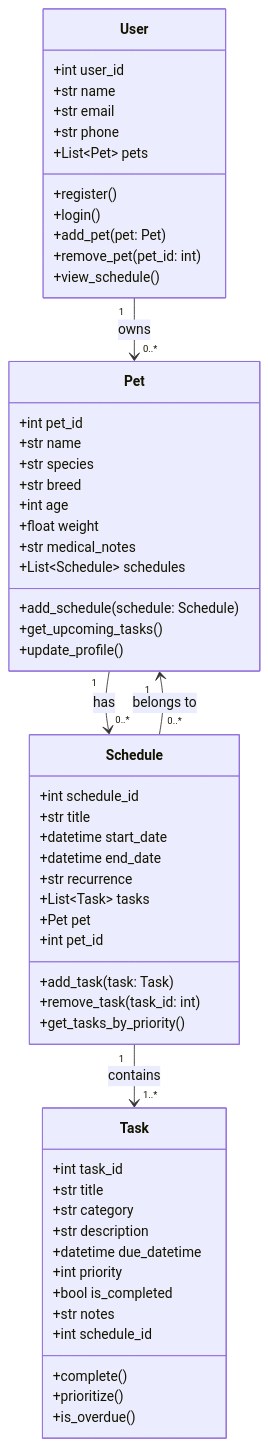
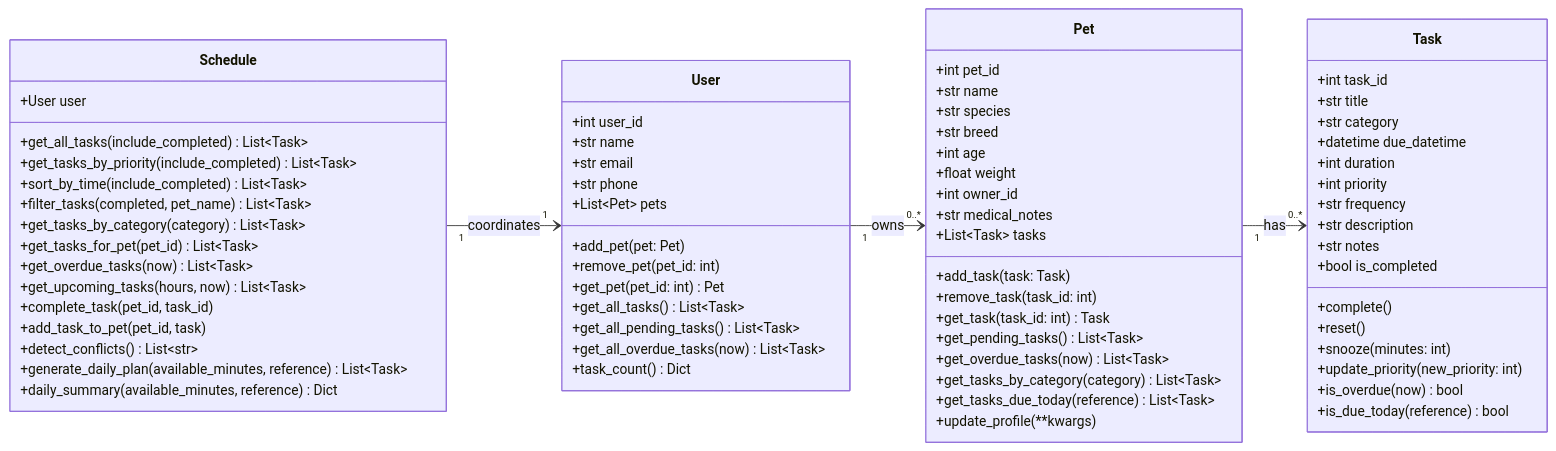
One commit to manvocao0271/ai110-module2show-pawpal-starter changed the diagram in README.md. Above: the diagram before and after it, drawn with Mermaid. The commit also changed other lines of this file and 4 other files, not shown here.

````diff
--- a/README.md
+++ b/README.md
@@ -112,64 +142,79 @@
 ```mermaid
 classDiagram
+    direction LR
     class User {
         +int user_id
         +str name
         +str email
         +str phone
         +List~Pet~ pets
-        +register()
-        +login()
         +add_pet(pet: Pet)
         +remove_pet(pet_id: int)
-        +view_schedule()
+        +get_pet(pet_id: int) Pet
+        +get_all_tasks() List~Task~
+        +get_all_pending_tasks() List~Task~
+        +get_all_overdue_tasks(now) List~Task~
+        +task_count() Dict
     }
 
     class Pet {
         +int pet_id
         +str name
         +str species
         +str breed
         +int age
         +float weight
+        +int owner_id
         +str medical_notes
-        +List~Schedule~ schedules
-        +add_schedule(schedule: Schedule)
-        +get_upcoming_tasks()
-        +update_profile()
+        +List~Task~ tasks
+        +add_task(task: Task)
+        +remove_task(task_id: int)
+        +get_task(task_id: int) Task
+        +get_pending_tasks() List~Task~
+        +get_overdue_tasks(now) List~Task~
+        +get_tasks_by_category(category) List~Task~
+        +get_tasks_due_today(reference) List~Task~
+        +update_profile(**kwargs)
     }
 
     class Schedule {
-        +int schedule_id
-        +str title
-        +datetime start_date
-        +datetime end_date
-        +str recurrence
-        +List~Task~ tasks
-        +Pet pet
-        +int pet_id
-        +add_task(task: Task)
-        +remove_task(task_id: int)
-        +get_tasks_by_priority()
+        +User user
+        +get_all_tasks(include_completed) List~Task~
+        +get_tasks_by_priority(include_completed) List~Task~
+        +sort_by_time(include_completed) List~Task~
+        +filter_tasks(completed, pet_name) List~Task~
+        +get_tasks_by_category(category) List~Task~
+        +get_tasks_for_pet(pet_id) List~Task~
+        +get_overdue_tasks(now) List~Task~
+        +get_upcoming_tasks(hours, now) List~Task~
+        +complete_task(pet_id, task_id)
+        +add_task_to_pet(pet_id, task)
+        +detect_conflicts() List~str~
+        +generate_daily_plan(available_minutes, reference) List~Task~
+        +daily_summary(available_minutes, reference) Dict
     }
 
     class Task {
         +int task_id
         +str title
         +str category
+        +datetime due_datetime
+        +int duration
+        +int priority
+        +str frequency
         +str description
-        +datetime due_datetime
-        +int priority
+        +str notes
         +bool is_completed
-        +str notes
-        +int schedule_id
         +complete()
-        +prioritize()
-        +is_overdue()
+        +reset()
+        +snooze(minutes: int)
+        +update_priority(new_priority: int)
+        +is_overdue(now) bool
+        +is_due_today(reference) bool
     }
 
     User "1" --> "0..*" Pet : owns
-    Pet "1" --> "0..*" Schedule : has
-    Schedule "0..*" --> "1" Pet : belongs to
-    Schedule "1" --> "1..*" Task : contains
+    Pet "1" --> "0..*" Task : has
+    Schedule "1" --> "1" User : coordinates
 
 ```
````
